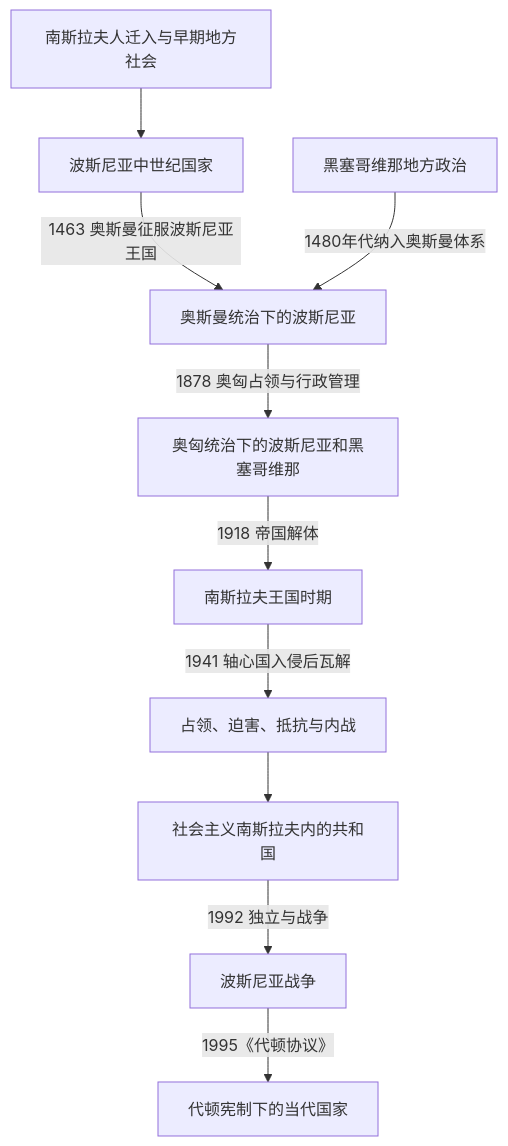
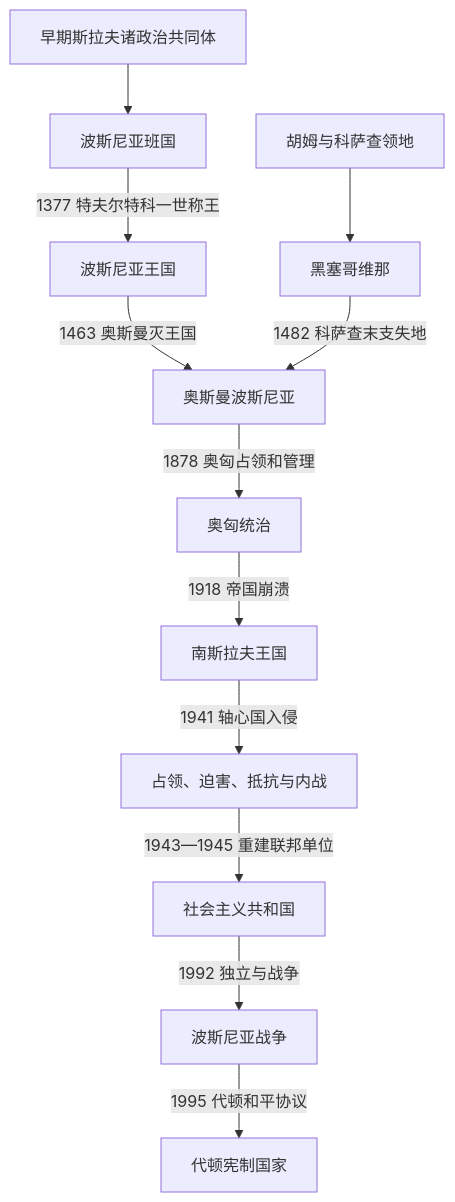
The diagram in 人文科学/历史/欧洲/东南欧与巴尔干/波斯尼亚和黑塞哥维那/README.md (tianlan-dev/learning-notes), drawn with Mermaid before and after one commit. The commit also changed other lines of this file and 1417 other files, not shown here.

````diff
--- a/人文科学/历史/欧洲/东南欧与巴尔干/波斯尼亚和黑塞哥维那/README.md
+++ b/人文科学/历史/欧洲/东南欧与巴尔干/波斯尼亚和黑塞哥维那/README.md
@@ -11,12 +11,14 @@
 ```mermaid
 flowchart TD
-  Early["南斯拉夫人迁入与早期地方社会"] --> Medieval["波斯尼亚中世纪国家"]
-  Medieval -->|"1463 奥斯曼征服波斯尼亚王国"| Ottoman["奥斯曼统治下的波斯尼亚"]
-  Herzegovina["黑塞哥维那地方政治"] -->|"1480年代纳入奥斯曼体系"| Ottoman
-  Ottoman -->|"1878 奥匈占领与行政管理"| AustriaHungary["奥匈统治下的波斯尼亚和黑塞哥维那"]
-  AustriaHungary -->|"1918 帝国解体"| YugKingdom["南斯拉夫王国时期"]
-  YugKingdom -->|"1941 轴心国入侵后瓦解"| WWII["占领、迫害、抵抗与内战"]
-  WWII --> Socialist["社会主义南斯拉夫内的共和国"]
-  Socialist -->|"1992 独立与战争"| War["波斯尼亚战争"]
-  War -->|"1995《代顿协议》"| Dayton["代顿宪制下的当代国家"]
+  Early["早期斯拉夫诸政治共同体"] --> Banate["波斯尼亚班国"]
+  Banate -->|1377 特夫尔特科一世称王| Kingdom["波斯尼亚王国"]
+  Hum["胡姆与科萨查领地"] --> Herzegovina["黑塞哥维那"]
+  Kingdom -->|1463 奥斯曼灭王国| Ottoman["奥斯曼波斯尼亚"]
+  Herzegovina -->|1482 科萨查末支失地| Ottoman
+  Ottoman -->|1878 奥匈占领和管理| AH["奥匈统治"]
+  AH -->|1918 帝国崩溃| YugKingdom["南斯拉夫王国"]
+  YugKingdom -->|1941 轴心国入侵| War2["占领、迫害、抵抗与内战"]
+  War2 -->|1943—1945 重建联邦单位| Socialist["社会主义共和国"]
+  Socialist -->|1992 独立与战争| BiHWar["波斯尼亚战争"]
+  BiHWar -->|1995 代顿和平协议| Dayton["代顿宪制国家"]
 ```
````
